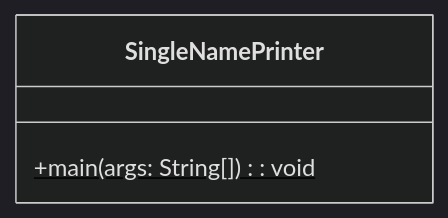
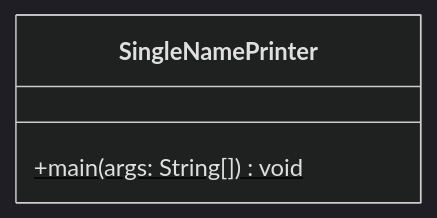
One commit to kanjiz/java-training-design-docs changed the first of 2 diagrams in chapter02/SingleNamePrinter-README.md. Above: the diagram before and after it, drawn with Mermaid (dark theme). The commit also changed other lines of this file and 3 other files, not shown here.

````diff
--- a/chapter02/SingleNamePrinter-README.md
+++ b/chapter02/SingleNamePrinter-README.md
@@ -12,6 +12,6 @@
 ```mermaid
 classDiagram
     class SingleNamePrinter {
-        +main(args: String[]): void$
+        +main(args: String[]) void$
     }
 ```
````
